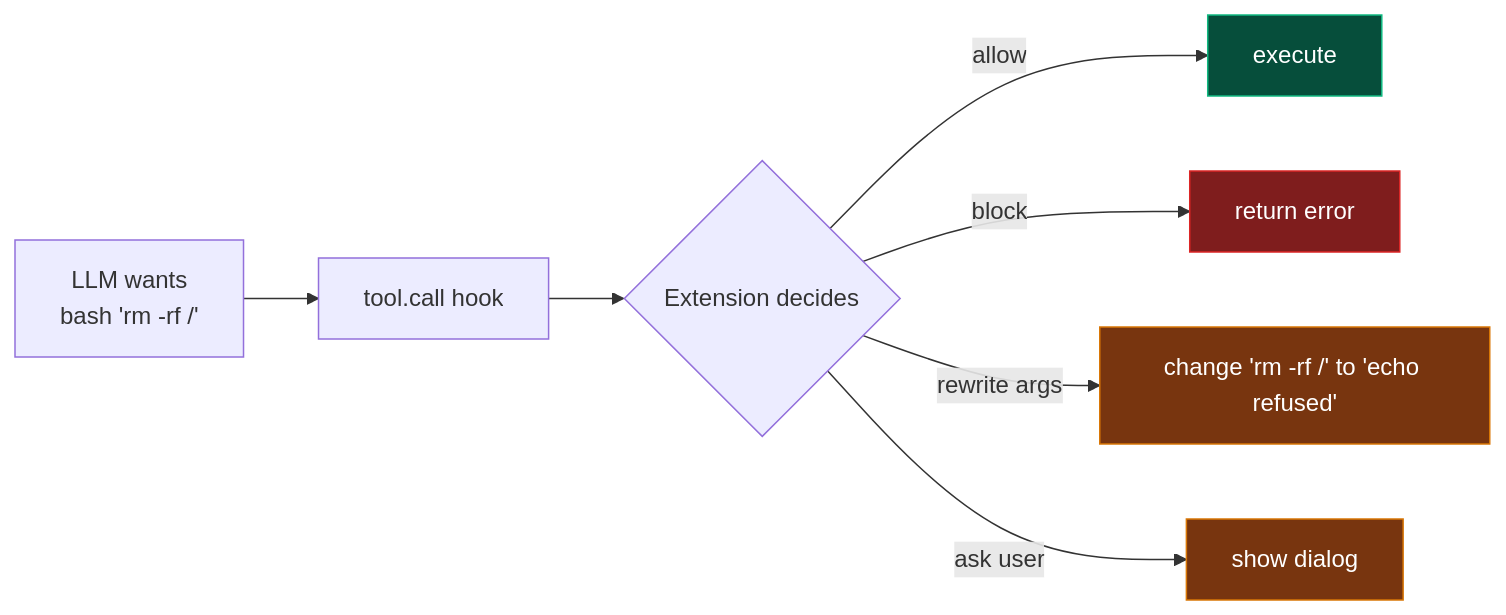
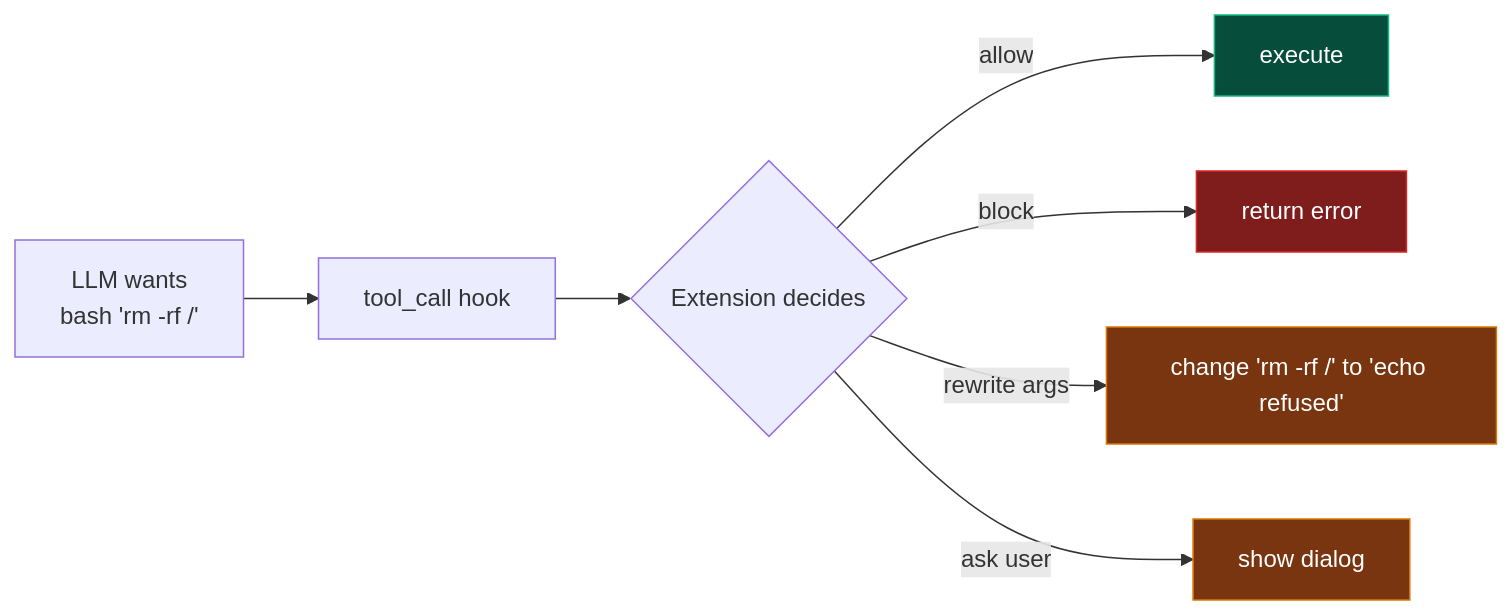
The fifth of 7 diagrams in zig/docs/book/en/guide/extensions.md (DaviRain-Su/pi-mono-zig), drawn with Mermaid before and after one commit. The commit also changed other lines of this file and 14 other files, not shown here.

Commit message:
docs: refresh phase 1 extension roadmap

````diff
--- a/zig/docs/book/en/guide/extensions.md
+++ b/zig/docs/book/en/guide/extensions.md
@@ -222,13 +224,13 @@
 ```mermaid
 flowchart LR
     classDef good fill:#064e3b,stroke:#10b981,color:#fff
     classDef block fill:#7f1d1d,stroke:#dc2626,color:#fff
     classDef mod fill:#78350f,stroke:#d97706,color:#fff
 
-    LLM[LLM wants<br/>bash 'rm -rf /'] --> Hook[tool.call hook]
+    LLM[LLM wants<br/>bash 'rm -rf /'] --> Hook[tool_call hook]
     Hook --> Decide{Extension decides}
     Decide -->|allow| Pass[execute]:::good
     Decide -->|block| Block[return error]:::block
     Decide -->|rewrite args| Mod[change 'rm -rf /' to 'echo refused']:::mod
     Decide -->|ask user| Confirm[show dialog]:::mod
 ```
````
